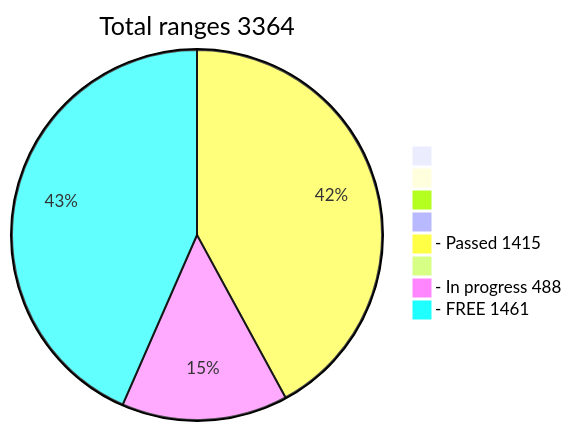
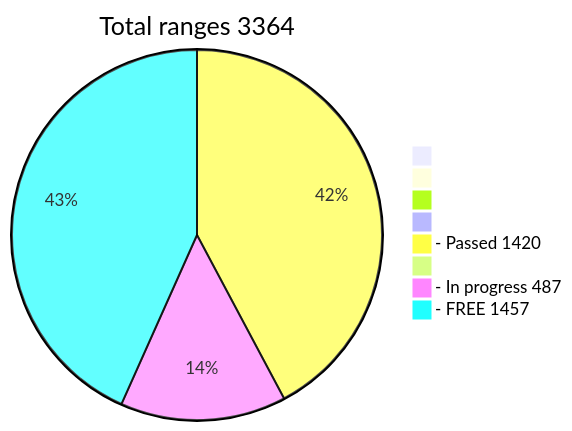
Before and after one commit to phrutis/wif500: the diagram in README.md, drawn with Mermaid.

````diff
--- a/README.md
+++ b/README.md
@@ -16,12 +16,12 @@
 ```mermaid
 pie title Total ranges 3364
              " " : 0
             "  " : 0
            "   " : 0
           "    " : 0
-  "- Passed 1415" : 1415
+  "- Passed 1420" : 1420
          "     " : 0
-  "- In progress 488" : 488
-   "- FREE 1461" : 1461
+  "- In progress 487" : 487
+   "- FREE 1457" : 1457
    
 ```
````
